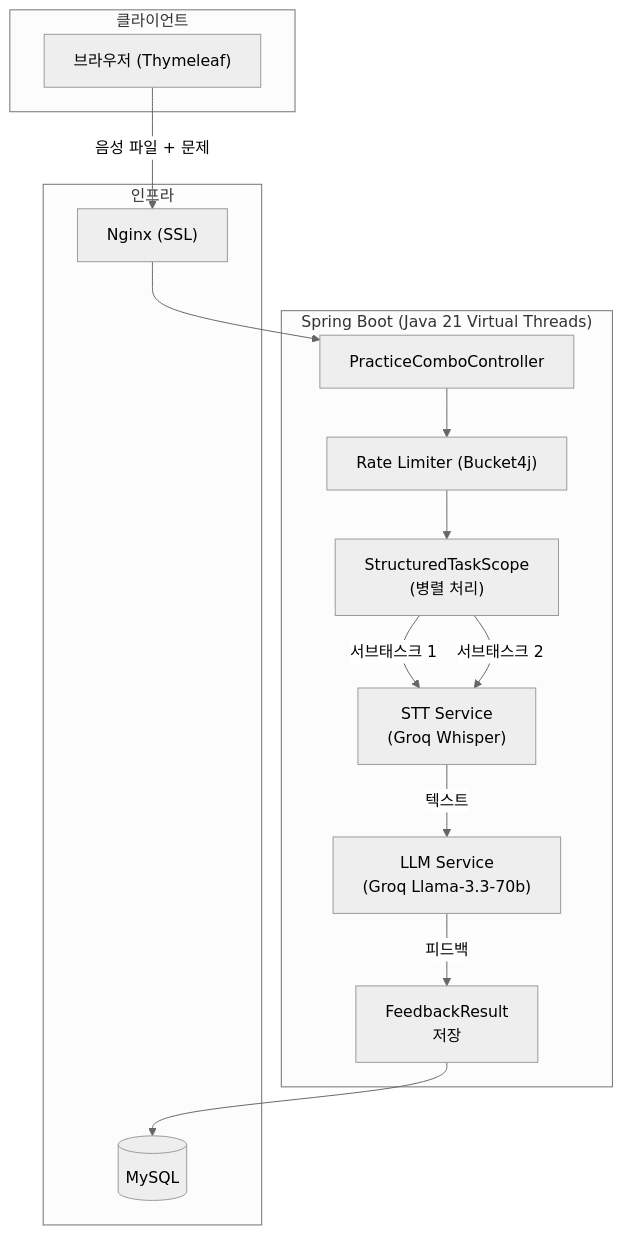
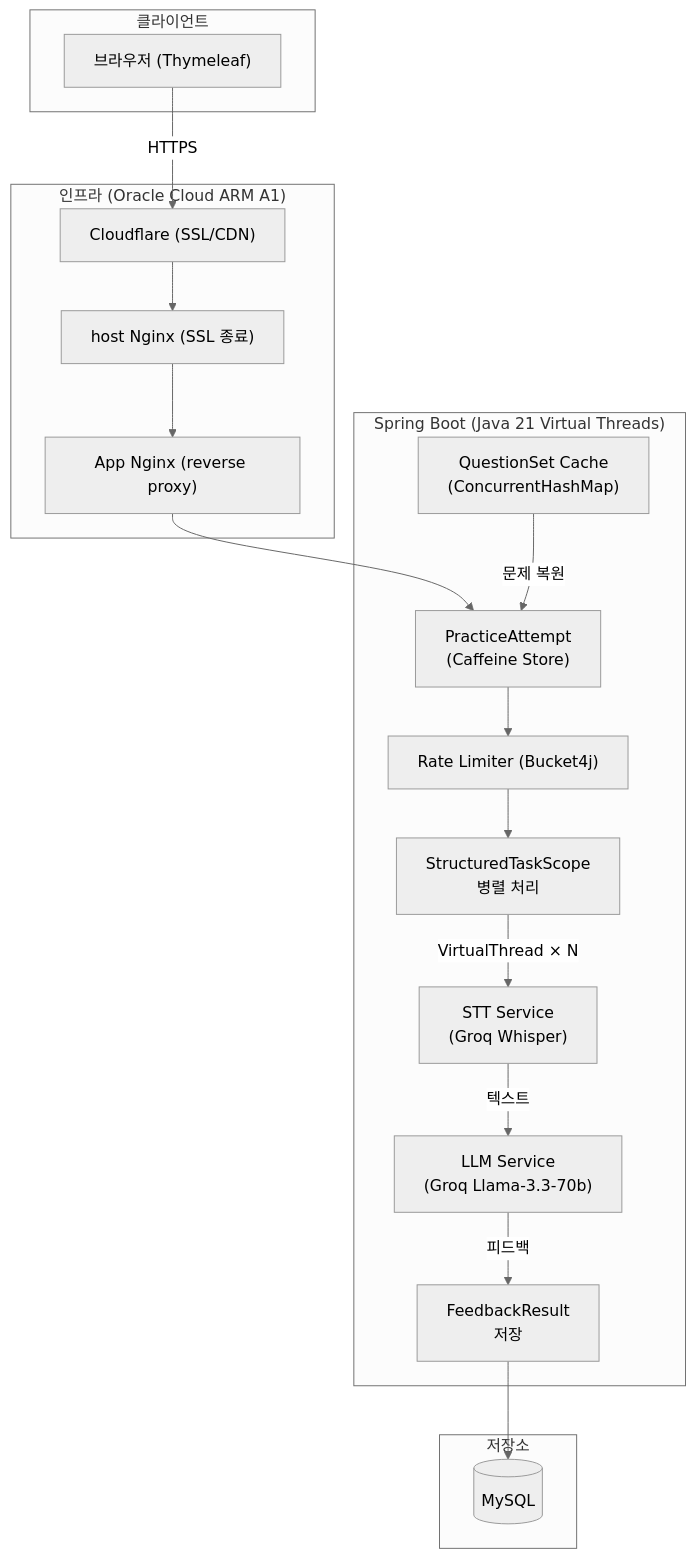
One commit to NileTheKing/opicnic changed the diagram in README.md. Above: the diagram before and after it, drawn with Mermaid (neutral theme). The commit also changed other lines of this file and 1 other file, not shown here.

````diff
--- a/README.md
+++ b/README.md
@@ -45,30 +62,38 @@
 ```mermaid
 graph TB
     subgraph Client["클라이언트"]
         Browser["브라우저 (Thymeleaf)"]
     end
 
+    subgraph Infra["인프라 (Oracle Cloud ARM A1)"]
+        CF["Cloudflare (SSL/CDN)"]
+        Nginx["host Nginx (SSL 종료)"]
+        AppNginx["App Nginx (reverse proxy)"]
+    end
+
     subgraph App["Spring Boot (Java 21 Virtual Threads)"]
-        Controller["PracticeComboController"]
+        Attempt["PracticeAttempt\n(Caffeine Store)"]
         RateLimit["Rate Limiter (Bucket4j)"]
-        SC["StructuredTaskScope\n(병렬 처리)"]
+        SC["StructuredTaskScope\n병렬 처리"]
         STT["STT Service\n(Groq Whisper)"]
         LLM["LLM Service\n(Groq Llama-3.3-70b)"]
+        Cache["QuestionSet Cache\n(ConcurrentHashMap)"]
         DB["FeedbackResult\n저장"]
     end
 
-    subgraph Infra["인프라"]
-        Nginx["Nginx (SSL)"]
+    subgraph Storage["저장소"]
         MySQL[("MySQL")]
     end
 
-    Browser -->|음성 파일 + 문제| Nginx
-    Nginx --> Controller
-    Controller --> RateLimit
+    Browser -->|HTTPS| CF
+    CF --> Nginx
+    Nginx --> AppNginx
+    AppNginx --> Attempt
+    Attempt --> RateLimit
     RateLimit --> SC
-    SC -->|서브태스크 1| STT
-    SC -->|서브태스크 2| STT
+    Cache -->|문제 복원| Attempt
+    SC -->|VirtualThread × N| STT
     STT -->|텍스트| LLM
     LLM -->|피드백| DB
     DB --> MySQL
 ```
````
